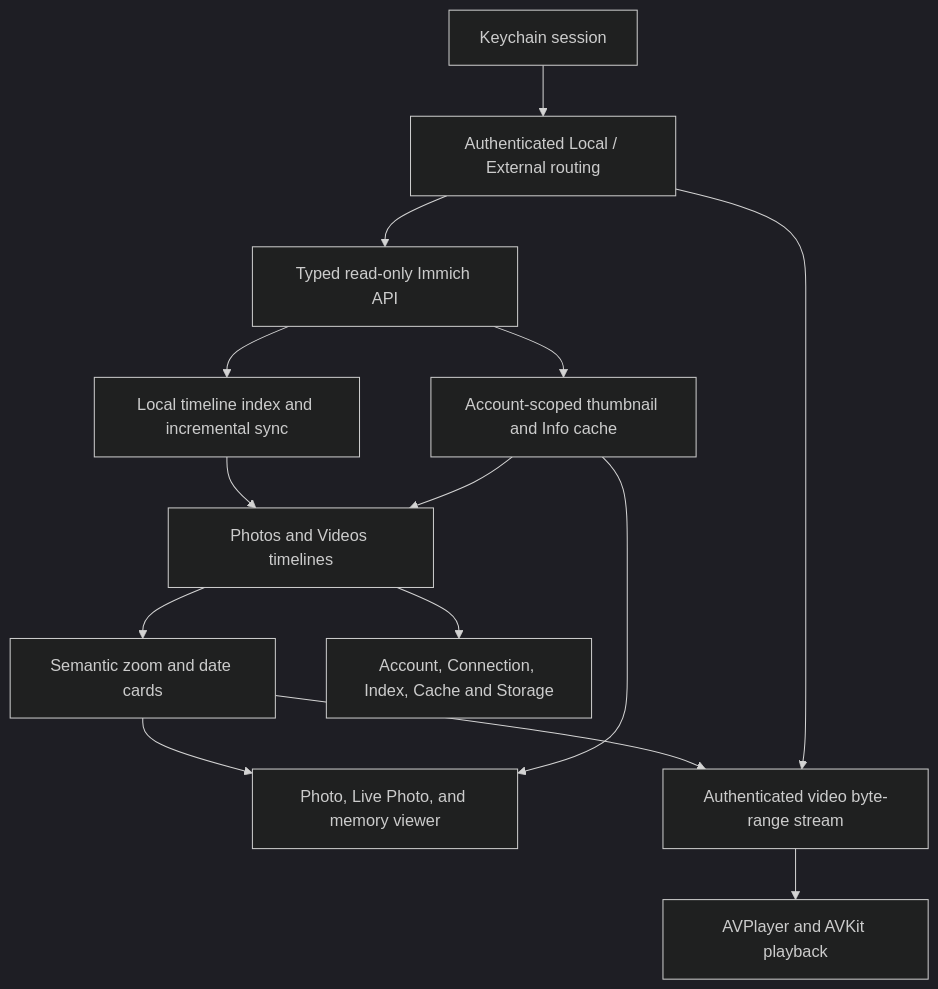
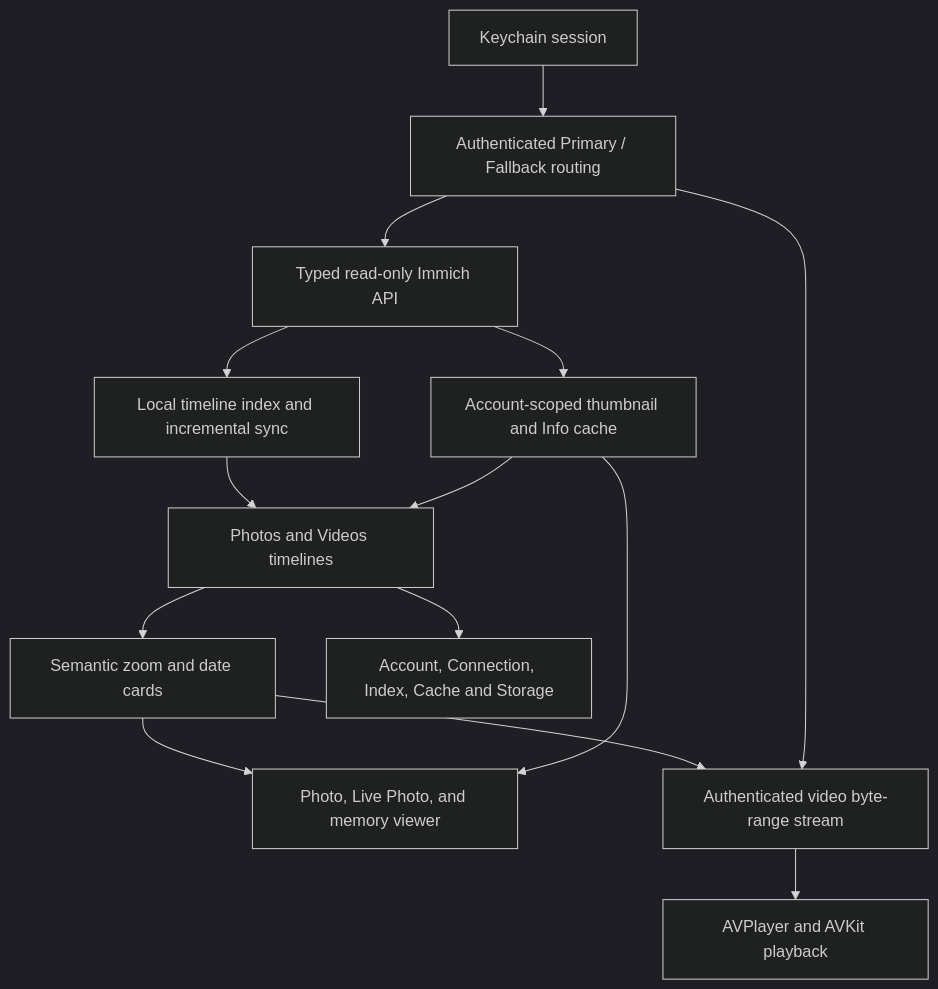
The diagram in CONTRIBUTING.md (Ender-Wang/Remmich), drawn with Mermaid (dark theme) before and after one commit. The commit also changed other lines of this file and 15 other files, not shown here.

First line of the commit message:
feat: add primary and fallback connections with live latency

````diff
--- a/CONTRIBUTING.md
+++ b/CONTRIBUTING.md
@@ -32,16 +34,16 @@
 ```mermaid
 flowchart TD
-    Keychain[Keychain session] --> Routing[Authenticated Local / External routing]
+    Keychain[Keychain session] --> Routing[Authenticated Primary / Fallback routing]
     Routing --> API[Typed read-only Immich API]
     API --> Index[Local timeline index and incremental sync]
     Index --> Timeline[Photos and Videos timelines]
     API --> Cache[Account-scoped thumbnail and Info cache]
     Cache --> Timeline
     Timeline --> Browsing[Semantic zoom and date cards]
     Browsing --> Viewer[Photo, Live Photo, and memory viewer]
     Cache --> Viewer
     Browsing --> Stream[Authenticated video byte-range stream]
     Routing --> Stream
     Stream --> AVKit[AVPlayer and AVKit playback]
     Timeline --> Profile[Account, Connection, Index, Cache and Storage]
 ```
````
